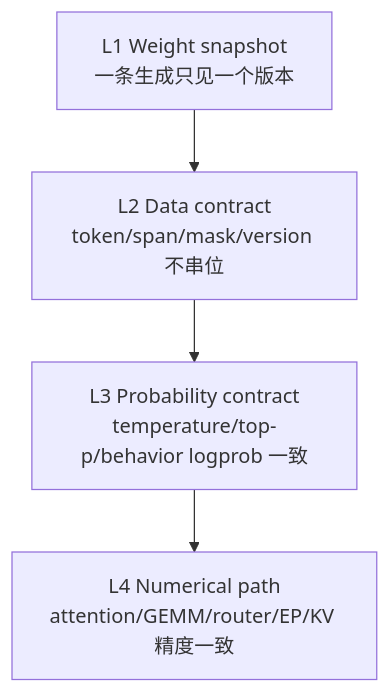
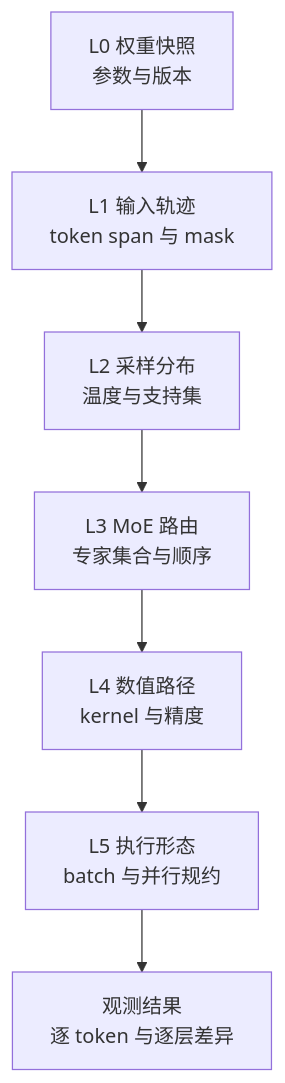
Before and after one commit to suhaibo666/llm-knowledge: the diagram in wiki/02_engineering/04_posttrain_frameworks/slime/17_slime_train_inference_consistency_analysis.md, drawn with Mermaid. The commit also changed other lines of this file and 2 other files, not shown here.

````diff
--- a/wiki/02_engineering/04_posttrain_frameworks/slime/17_slime_train_inference_consistency_analysis.md
+++ b/wiki/02_engineering/04_posttrain_frameworks/slime/17_slime_train_inference_consistency_analysis.md
@@ -14,6 +27,9 @@
 ```mermaid
 flowchart TB
-    W["L1 Weight snapshot<br/>一条生成只见一个版本"] --> D["L2 Data contract<br/>token/span/mask/version 不串位"]
-    D --> P["L3 Probability contract<br/>temperature/top-p/behavior logprob 一致"]
-    P --> K["L4 Numerical path<br/>attention/GEMM/router/EP/KV 精度一致"]
+    W["L0 权重快照<br/>参数与版本"] --> I["L1 输入轨迹<br/>token span 与 mask"]
+    I --> S["L2 采样分布<br/>温度与支持集"]
+    S --> R["L3 MoE 路由<br/>专家集合与顺序"]
+    R --> K["L4 数值路径<br/>kernel 与精度"]
+    K --> P["L5 执行形态<br/>batch 与并行规约"]
+    P --> O["观测结果<br/>逐 token 与逐层差异"]
 ```
````
